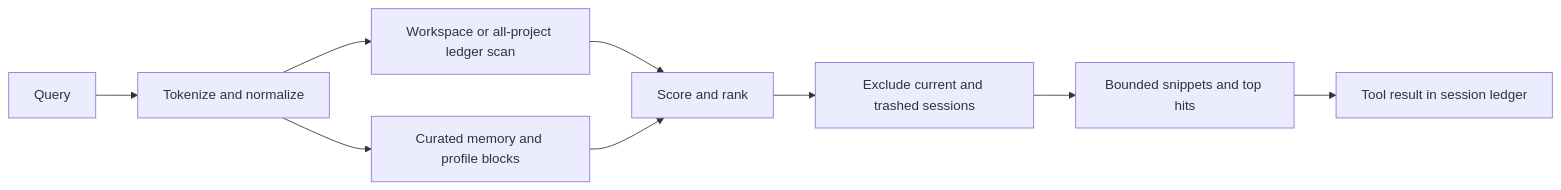
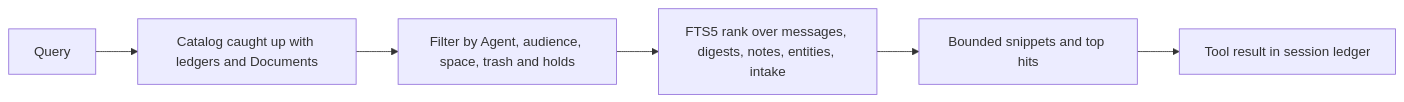
Before and after one commit to nranjan2code/code: the diagram in docs/design/23-memory.md, drawn with Mermaid. The commit also changed other lines of this file and 19 other files, not shown here.

````diff
--- a/docs/design/23-memory.md
+++ b/docs/design/23-memory.md
@@ -48,11 +47,8 @@
 ```mermaid
 flowchart LR
-    A[Query] --> B[Tokenize and normalize]
-    B --> C[Workspace or all-project ledger scan]
-    B --> D[Curated memory and profile blocks]
-    C --> E[Score and rank]
-    D --> E
-    E --> F[Exclude current and trashed sessions]
-    F --> G[Bounded snippets and top hits]
-    G --> H[Tool result in session ledger]
+    A[Query] --> B[Catalog caught up with ledgers and Documents]
+    B --> C[Filter by Agent, audience, space, trash and holds]
+    C --> D[FTS5 rank over messages, digests, notes, entities, intake]
+    D --> E[Bounded snippets and top hits]
+    E --> F[Tool result in session ledger]
 ```
````
